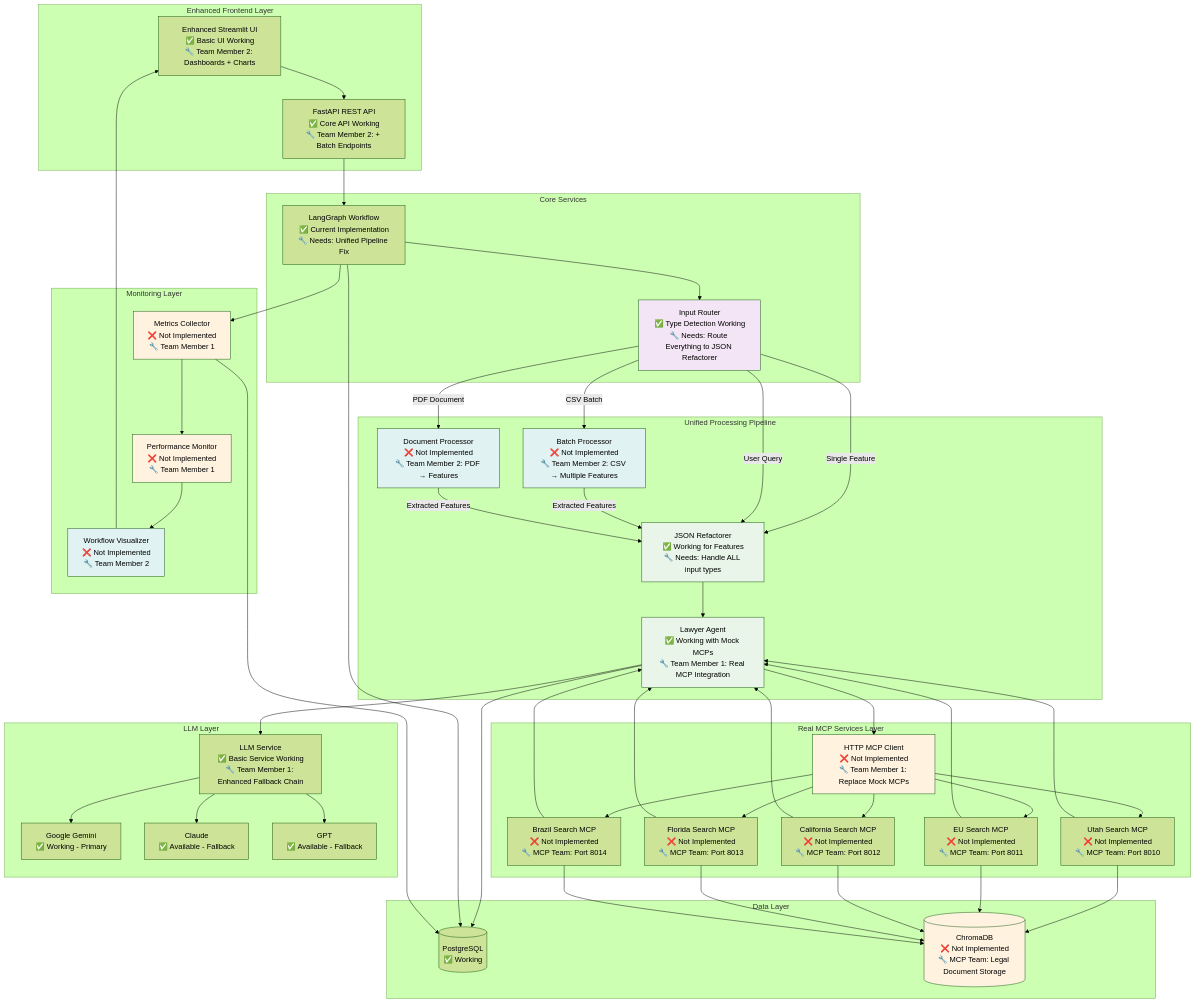
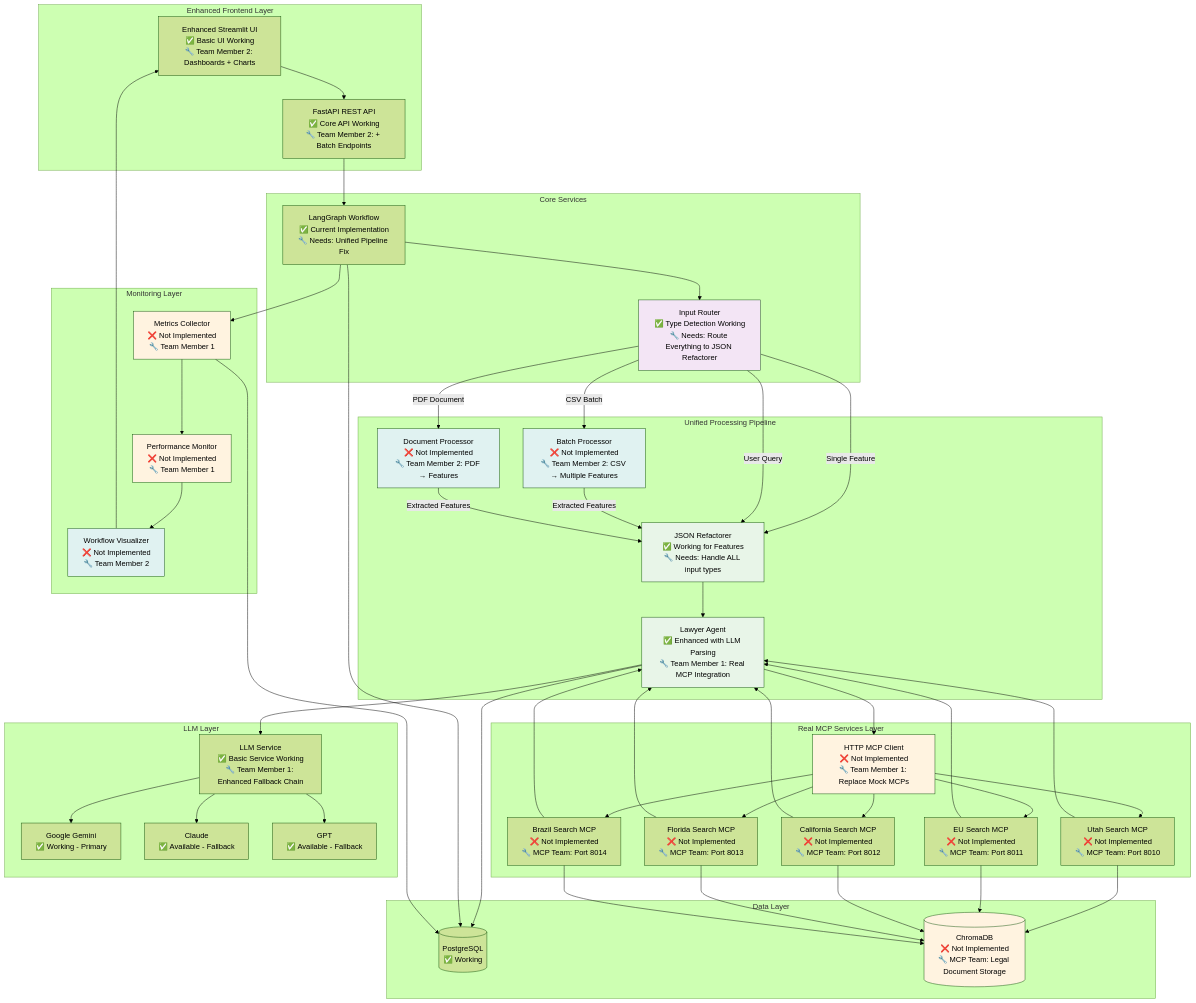
One commit to agentcluck77/techjam-jamming changed the diagram in README.md. Above: the diagram before and after it, drawn with Mermaid (forest theme). The commit also changed other lines of this file, not shown here.

```diff
--- a/README.md
+++ b/README.md
@@ -142,7 +142,7 @@
         JR[JSON Refactorer<br/>✅ Working for Features<br/>🔧 Needs: Handle ALL input types]
         BP[Batch Processor<br/>❌ Not Implemented<br/>🔧 Team Member 2: CSV → Multiple Features]
         DP[Document Processor<br/>❌ Not Implemented<br/>🔧 Team Member 2: PDF → Features]
-        LA[Lawyer Agent<br/>✅ Working with Mock MCPs<br/>🔧 Team Member 1: Real MCP Integration]
+        LA[Lawyer Agent<br/>✅ Enhanced with LLM Parsing<br/>🔧 Team Member 1: Real MCP Integration]
     end
     
     subgraph "Real MCP Services Layer"
```
